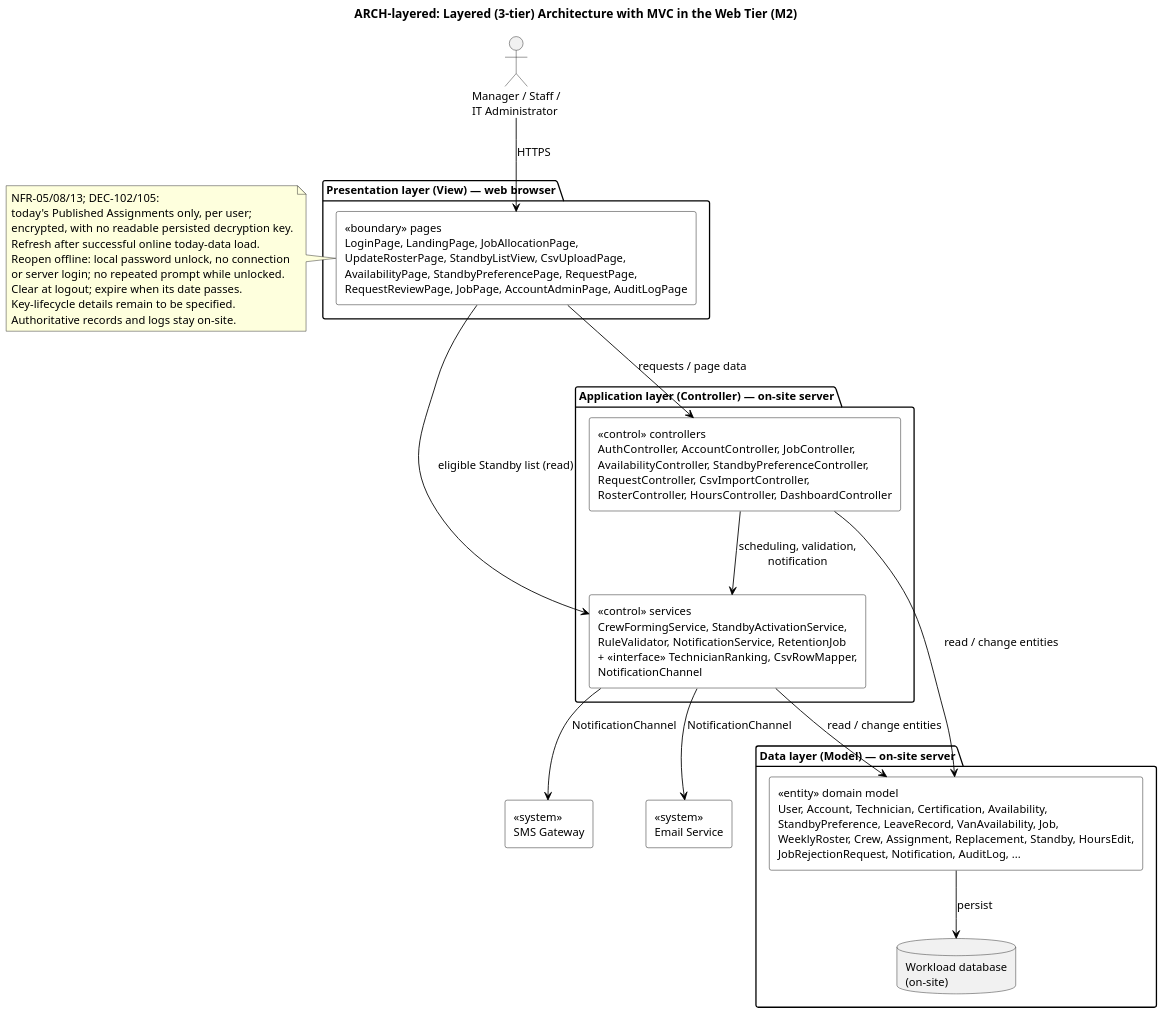
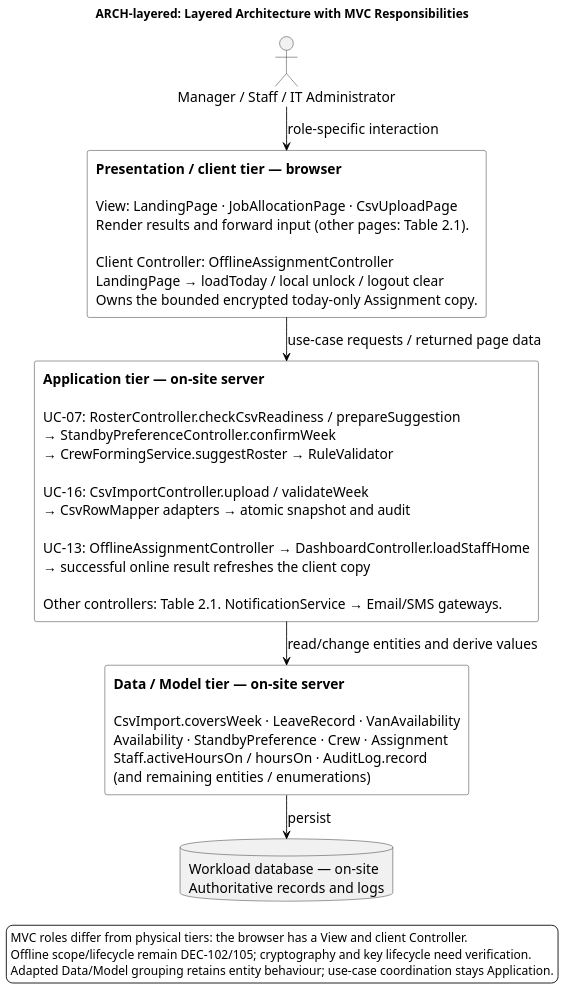
One commit to ZadeNova/inf2001-SE changed the diagram in diagrams/ARCH-layered.puml. Above: the diagram before and after it, drawn with PlantUML. The commit also changed 18 other files, not shown here.

```diff
--- a/diagrams/ARCH-layered.puml
+++ b/diagrams/ARCH-layered.puml
@@ -1,57 +1,28 @@
 @startuml ARCH-layered
 skinparam backgroundColor white
 skinparam shadowing false
 skinparam defaultFontName Arial
-skinparam defaultFontSize 13
+skinparam defaultFontSize 16
 skinparam dpi 150
 skinparam ArrowColor black
 skinparam rectangleBackgroundColor white
-skinparam rectangleBorderColor black
-skinparam componentStyle rectangle
 skinparam packageBackgroundColor white
-title ARCH-layered: Layered (3-tier) Architecture with MVC in the Web Tier (M2)
-' Traces: DEC-93; DEC-96-99; DEC-102; DEC-104; DEC-105; NFR-05; NFR-08; NFR-11; NFR-13; CD-final; CMP-system.
-' Each layer only calls the layer directly below it. ECB mapping: boundary = View, control = Controller/service, entity = Model.
+skinparam ranksep 28
 top to bottom direction
-
-actor "Manager / Staff /\nIT Administrator" as Users
-
-package "Presentation layer (View) — web browser" as P {
- rectangle "<<boundary>> pages\nLoginPage, LandingPage, JobAllocationPage,\nUpdateRosterPage, StandbyListView, CsvUploadPage,\nAvailabilityPage, StandbyPreferencePage, RequestPage,\nRequestReviewPage, JobPage, AccountAdminPage, AuditLogPage" as Views
-}
-
-package "Application layer (Controller) — on-site server" as A {
- rectangle "<<control>> controllers\nAuthController, AccountController, JobController,\nAvailabilityController, StandbyPreferenceController,\nRequestController, CsvImportController,\nRosterController, HoursController, DashboardController" as Controllers
- rectangle "<<control>> services\nCrewFormingService, StandbyActivationService,\nRuleValidator, NotificationService, RetentionJob\n+ <<interface>> TechnicianRanking, CsvRowMapper,\nNotificationChannel" as Services
-}
-
-package "Data layer (Model) — on-site server" as D {
- rectangle "<<entity>> domain model\nUser, Account, Technician, Certification, Availability,\nStandbyPreference, LeaveRecord, VanAvailability, Job,\nWeeklyRoster, Crew, Assignment, Replacement, Standby, HoursEdit,\nJobRejectionRequest, Notification, AuditLog, ..." as Model
- database "Workload database\n(on-site)" as DB
-}
-
-rectangle "<<system>>\nEmail Service" as Email
-rectangle "<<system>>\nSMS Gateway" as SMS
-
-Users --> Views : HTTPS
-Views --> Controllers : requests / page data
-Views --> Services : eligible Standby list (read)
-Controllers --> Services : scheduling, validation,\nnotification
-Controllers --> Model : read / change entities
-Services --> Model : read / change entities
+title ARCH-layered: Layered Architecture with MVC Responsibilities
+' Sources: DEC-93/102/105/108/109; CD-final; CMP-system; NFR-05/08/11/13.
+actor "Manager / Staff / IT Administrator" as Users
+rectangle "<b>Presentation / client tier — browser</b>\n\nView: LandingPage · JobAllocationPage · CsvUploadPage\nRender results and forward input (other pages: Table 2.1).\n\nClient Controller: OfflineAssignmentController\nLandingPage → loadToday / local unlock / logout clear\nOwns the bounded encrypted today-only Assignment copy." as Browser
+rectangle "<b>Application tier — on-site server</b>\n\nUC-07: RosterController.checkCsvReadiness / prepareSuggestion\n→ StandbyPreferenceController.confirmWeek\n→ CrewFormingService.suggestRoster → RuleValidator\n\nUC-16: CsvImportController.upload / validateWeek\n→ CsvRowMapper adapters → atomic snapshot and audit\n\nUC-13: OfflineAssignmentController → DashboardController.loadStaffHome\n→ successful online result refreshes the client copy\n\nOther controllers: Table 2.1. NotificationService → Email/SMS gateways." as Application
+rectangle "<b>Data / Model tier — on-site server</b>\n\nCsvImport.coversWeek · LeaveRecord · VanAvailability\nAvailability · StandbyPreference · Crew · Assignment\nStaff.activeHoursOn / hoursOn · AuditLog.record\n(and remaining entities / enumerations)" as Model
+database "Workload database — on-site\nAuthoritative records and logs" as DB
+Users --> Browser : role-specific interaction
+Browser --> Application : use-case requests / returned page data
+Application --> Model : read/change entities and derive values
 Model --> DB : persist
-Services --> Email : NotificationChannel
-Services --> SMS : NotificationChannel
-
-note left of Views
- NFR-05/08/13; DEC-102/105:
- today's Published Assignments only, per user;
- encrypted, with no readable persisted decryption key.
- Refresh after successful online today-data load.
- Reopen offline: local password unlock, no connection
- or server login; no repeated prompt while unlocked.
- Clear at logout; expire when its date passes.
- Key-lifecycle details remain to be specified.
- Authoritative records and logs stay on-site.
-end note
+legend bottom
+MVC roles differ from physical tiers: the browser has a View and client Controller.
+Offline scope/lifecycle remain DEC-102/105; cryptography and key lifecycle need verification.
+Adapted Data/Model grouping retains entity behaviour; use-case coordination stays Application.
+endlegend
 @enduml
```
